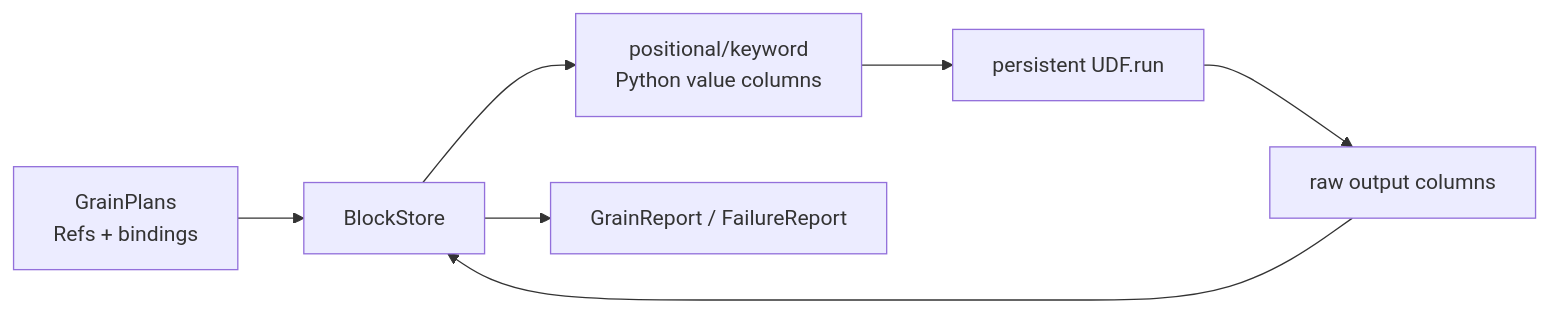
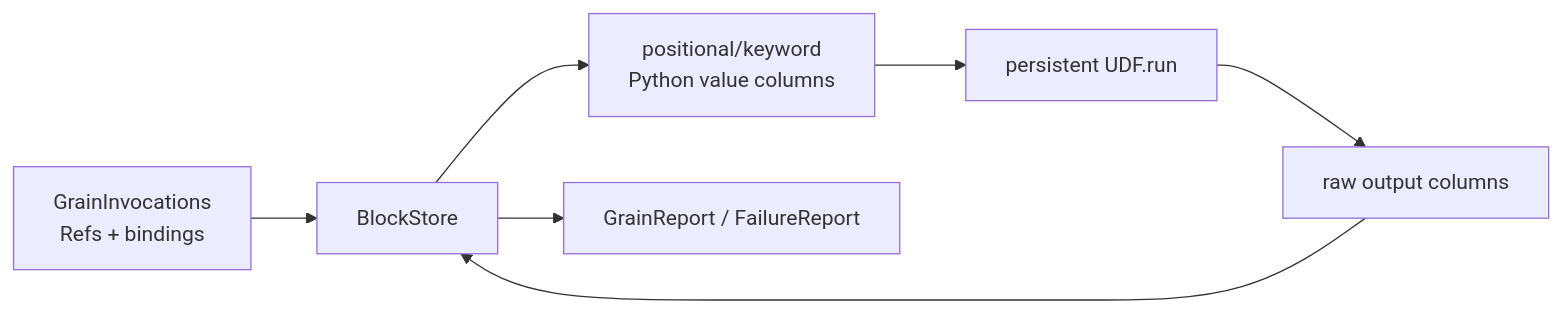
The diagram in docs/multigrain_v3_6_walkthrough/05_worker_abi.md (OpenDCAI/RayOrch), drawn with Mermaid before and after one commit. The commit also changed other lines of this file and 31 other files, not shown here.

Commit message:
docs(v3.6): publish bilingual architecture guides

````diff
--- a/docs/multigrain_v3_6_walkthrough/05_worker_abi.md
+++ b/docs/multigrain_v3_6_walkthrough/05_worker_abi.md
@@ -16,11 +45,11 @@
 ```mermaid
 flowchart LR
-    Plans["GrainPlans<br/>Refs + bindings"]
+    Plans["GrainInvocations<br/>Refs + bindings"]
     Store["BlockStore"]
     Columns["positional/keyword<br/>Python value columns"]
     UDF["persistent UDF.run"]
     Raw["raw output columns"]
     Reports["GrainReport / FailureReport"]
 
     Plans --> Store --> Columns --> UDF --> Raw --> Store --> Reports
 ```
````
